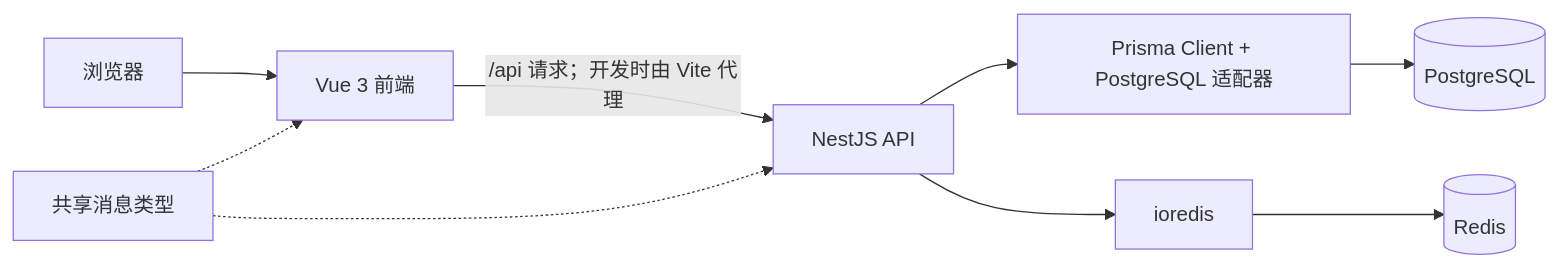
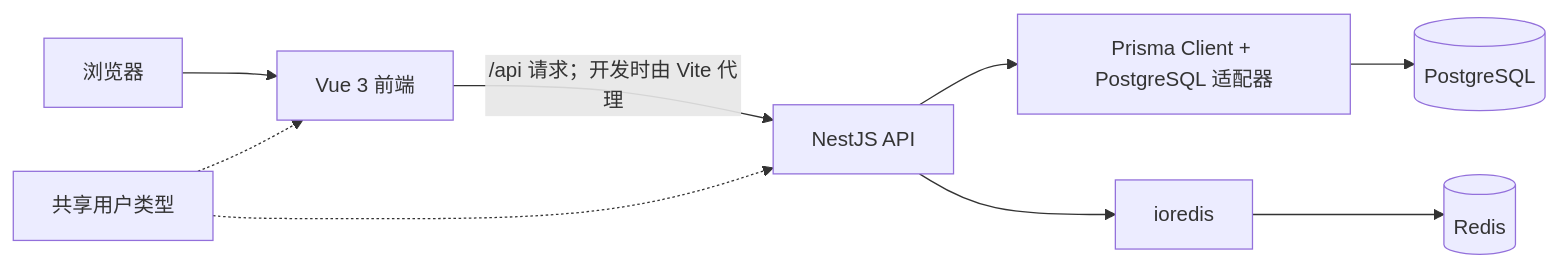
The diagram in README.md (BearXJJ/OneDep), drawn with Mermaid before and after one commit. The commit also changed other lines of this file and 47 other files, not shown here.

````diff
--- a/README.md
+++ b/README.md
@@ -9,11 +9,11 @@
 ```mermaid
 flowchart LR
     Browser[浏览器] --> Web[Vue 3 前端]
     Web -->|/api 请求；开发时由 Vite 代理| API[NestJS API]
     API --> Prisma[Prisma Client + PostgreSQL 适配器]
     Prisma --> Postgres[(PostgreSQL)]
     API --> RedisClient[ioredis]
     RedisClient --> Redis[(Redis)]
-    Shared[共享消息类型] -.-> Web
+    Shared[共享用户类型] -.-> Web
     Shared -.-> API
 ```
````
